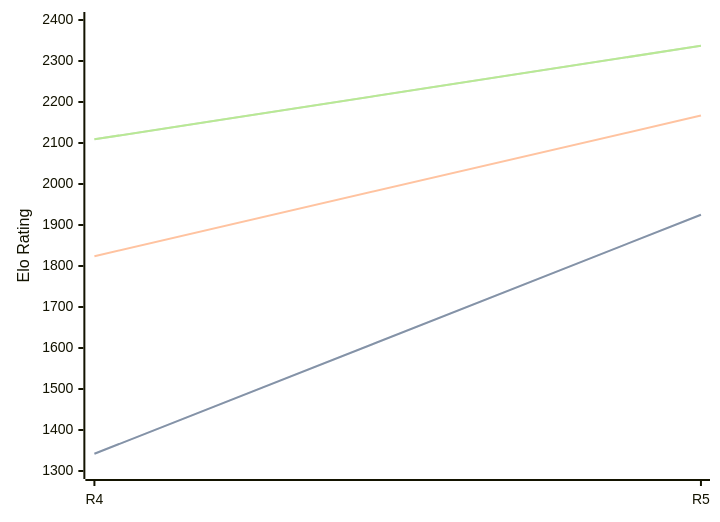
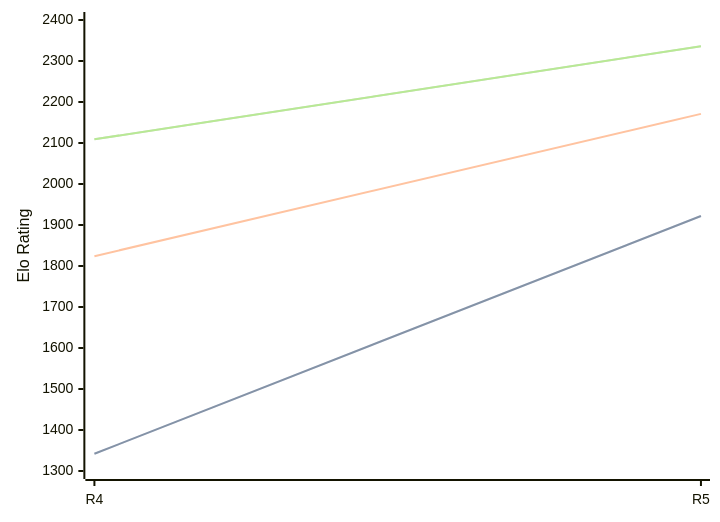
One commit to computer-chess-index/cci changed the diagram in engines/Viking.md. Above: the diagram before and after it, drawn with Mermaid. The commit also changed other lines of this file, not shown here.

Commit message:
Update CCI Ratings (ELO VLTC) - 2026-06-12

````diff
--- a/engines/Viking.md
+++ b/engines/Viking.md
@@ -35,11 +35,11 @@
 ```mermaid
 %%{init: {"theme":"base","themeVariables":{"seriesColors:['#a3a3a3','#222221','#faa371']}}}%%
 xychart-beta
   x-axis ["R4", "R5"]
   y-axis "Elo Rating" 1300 --> 2400
-  line "STC (8.0+0.08s)" [1342, 1925]
-  line "STC (8.0+0.08s)" [1342, 1925]
-  line "LTC (60.0+0.60s)" [1824, 2167]
-  line "VLTC (2m24s+1.12s)" [2109, 2337]
-  line "VLTC (2m24s+1.12s)" [2109, 2337]
+  line "STC (8.0+0.08s)" [1342, 1922]
+  line "STC (8.0+0.08s)" [1342, 1922]
+  line "LTC (60.0+0.60s)" [1824, 2171]
+  line "VLTC (2m24s+1.12s)" [2109, 2336]
+  line "VLTC (2m24s+1.12s)" [2109, 2336]
 ```
````
